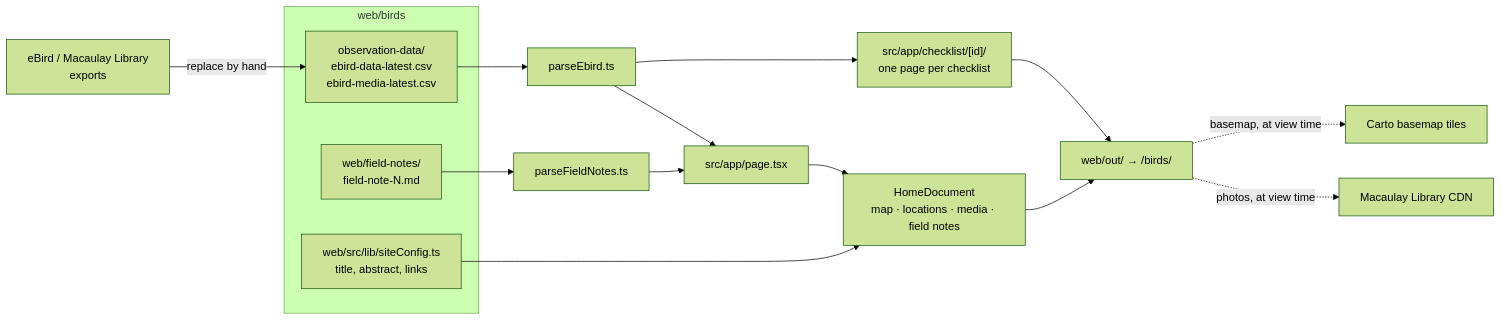
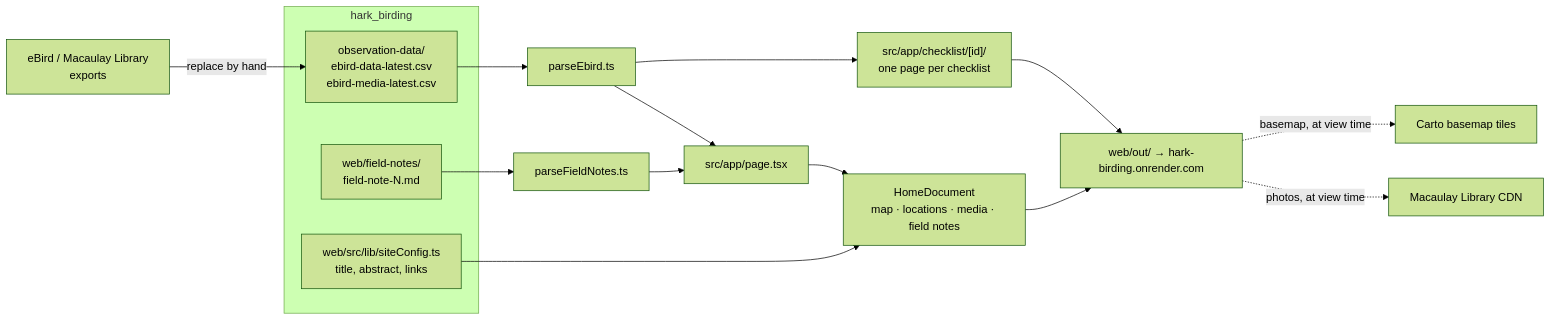
The fifth of 6 diagrams in ARCHITECTURE.md (felipeharker/hark), drawn with Mermaid (forest theme) before and after one commit. The commit also changed other lines of this file and 111 other files, not shown here.

First line of the commit message:
hark_web: the portfolio and the standard; academic, birding and resume move out

````diff
--- a/ARCHITECTURE.md
+++ b/ARCHITECTURE.md
@@ -164,19 +149,19 @@
 ```mermaid
 flowchart LR
   ebird["eBird / Macaulay Library<br/>exports"] -- "replace by hand" --> csv
-  subgraph data["web/birds"]
+  subgraph data["hark_birding"]
     csv["observation-data/<br/>ebird-data-latest.csv<br/>ebird-media-latest.csv"]
     notes["web/field-notes/<br/>field-note-N.md"]
     config["web/src/lib/siteConfig.ts<br/>title, abstract, links"]
   end
   csv --> parse["parseEbird.ts"]
   notes --> parsen["parseFieldNotes.ts"]
   parse & parsen --> page["src/app/page.tsx"]
   config --> home
   page --> home["HomeDocument<br/>map · locations · media · field notes"]
   parse --> cl["src/app/checklist/[id]/<br/>one page per checklist"]
-  home & cl --> out["web/out/ → /birds/"]
+  home & cl --> out["web/out/ → hark-birding.onrender.com"]
 
   out -. "photos, at view time" .-> ml["Macaulay Library CDN"]
   out -. "basemap, at view time" .-> carto["Carto basemap tiles"]
 ```
````
